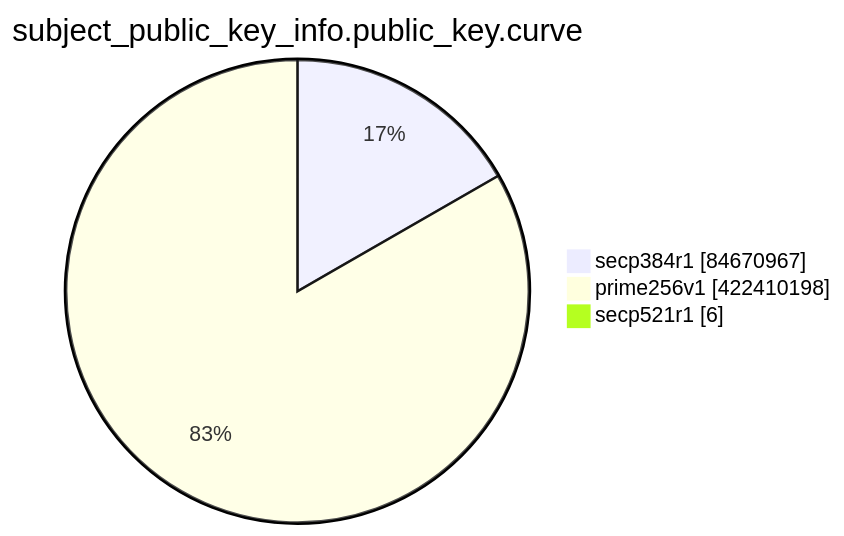
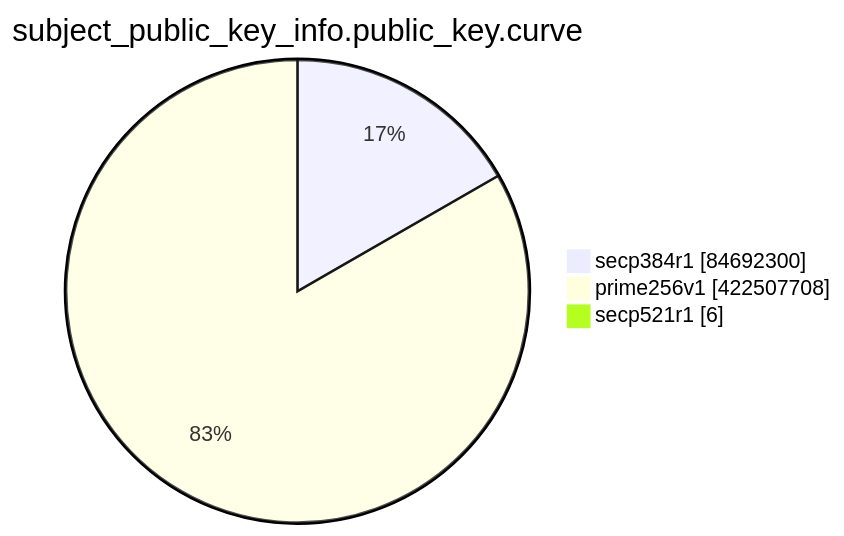
Before and after one commit to christiankrug/ctmonitor_visualization: the eighth of 15 diagrams in TOTAL/README.md, drawn with Mermaid. The commit also changed other lines of this file, not shown here.

````diff
--- a/TOTAL/README.md
+++ b/TOTAL/README.md
@@ -3099,7 +3099,7 @@
 ```mermaid
 pie showData
 title subject_public_key_info.public_key.curve
-"secp384r1" :84670967
-"prime256v1" :422410198
+"secp384r1" :84692300
+"prime256v1" :422507708
 "secp521r1" :6
 ```
````
